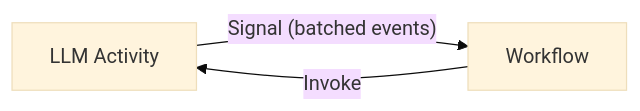
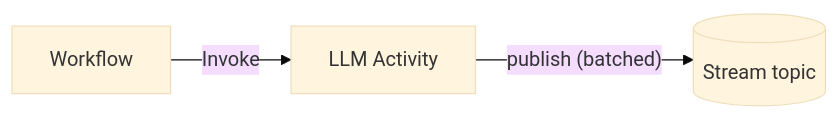
The third of 4 diagrams in README.md (jssmith/temporal-streaming-agents-samples), drawn with Mermaid (base theme) before and after one commit. The commit also changed other lines of this file and 99 other files, not shown here.

````diff
--- a/README.md
+++ b/README.md
@@ -91,5 +93,5 @@
 ```mermaid
 flowchart LR
-    Y[LLM Activity] -->|"Signal (batched events)"| W[Workflow]
-    W -->|Invoke| Y
+    Y[LLM Activity] -->|"publish (batched)"| Topic[(Stream topic)]
+    W[Workflow] -->|Invoke| Y
 ```
````
